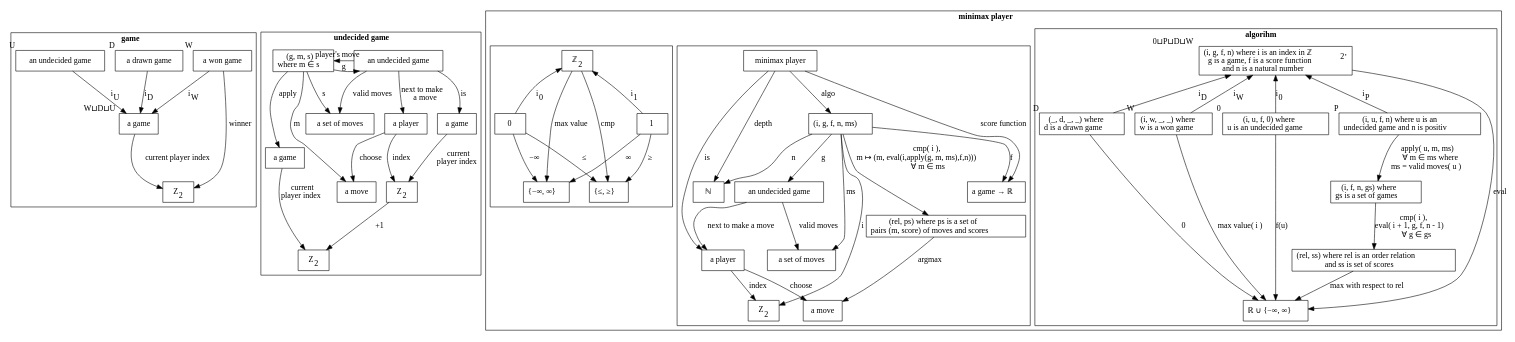
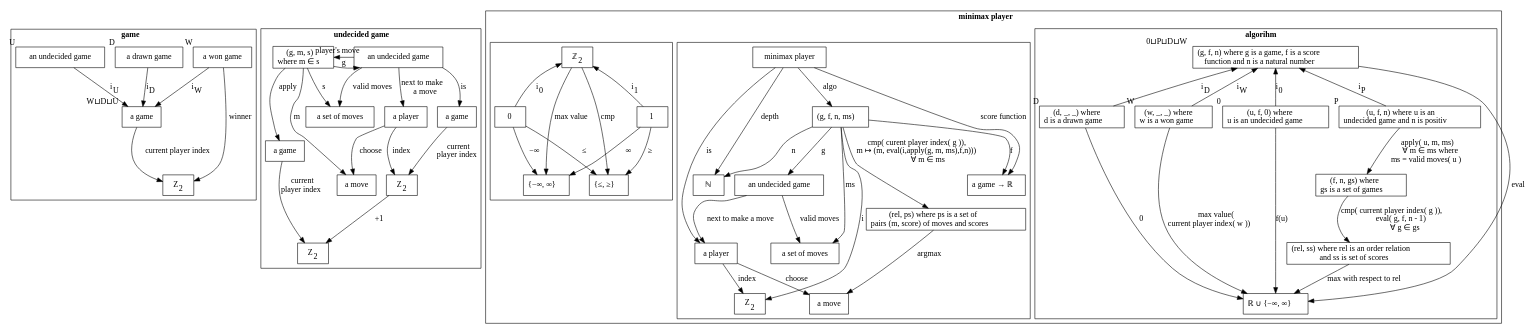
The diagram in olog.gv (monadegmailcom/beat-it), drawn with Graphviz before and after one commit. The commit also changed 5 other files, not shown here.

```diff
--- a/olog.gv
+++ b/olog.gv
@@ -1,127 +1,127 @@
 digraph olog 
 { 
     node [shape = "box"]
     layout=dot
     subgraph cluster_ga {
         label=<<b>game</b>>
         ga_g [label="a game", xlabel=<W&#x2294;D&#x2294;U>]
         ga_g -> ga_z [label="current player index"]
         ga_w [label="a won game", xlabel=W]
         ga_w -> ga_g [label=<i<sub>W</sub>>]
         ga_w -> ga_z [label="winner"]
         ga_d [label="a drawn game", xlabel=D]
         ga_d -> ga_g [label=<i<sub>D</sub>>]
         ga_u [label="an undecided game", xlabel=U]
         ga_u -> ga_g [label=<i<sub>U</sub>>]
         ga_z [label=<Z<sub>2</sub>>]
     }
     subgraph cluster_moves {
         label=<<b>undecided game</b>>
         st_z [label=<Z<sub>2</sub>>]
         st_undecided [label="an undecided game"]
         st_undecided -> st_game [label="is"]
         st_undecided -> st_p [label=<next to make<br/>a move>]
         st_undecided -> st_s [label="valid moves"]
         st_undecided -> st_g_m_s [label=<player's move>]
         st_s [label="a set of moves"]
         st_g_m_s [label=<(g, m, s)<br/>where m &#x2208; s>]
         st_g_m_s -> st_s [label="s"]
         st_g_m_s -> st_m [label="m"]
         st_g_m_s -> st_g2 [label="apply"]
         st_g_m_s -> st_undecided [label="g"]
         st_game [label="a game"]
         st_game -> st_z2 [label=<current<br/>player index>]
         st_g2 [label="a game"]
         st_p [label="a player"]
         st_p -> st_z2 [label="index"]   
         st_p -> st_m [label="choose"]   
         st_z2 [label=<Z<sub>2</sub>>]
         st_z2 -> st_z [label="+1"]
         st_g2 -> st_z [label=<current<br/>player index>]
         st_m [label="a move"]
         {rank=same; st_g_m_s; st_undecided}
         //{rank=same; st_z; st_z2}
         //{rank=same; st_m; st_s}
         //{rank=min; st_game}
     }    
 
     subgraph cluster_mp {
         label=<<b>minimax player</b>>
         subgraph cluster_minimax {
             label=<<b>algorihm</b>>
-            mm_i_g_s_n [label=<(i, g, f, n) where i is an index in &#x2124;<sub>2</sub>,<br/> g is a game, f is a score function<br/>and n is a natural number>, xlabel=<0&#x2294;P&#x2294;D&#x2294;W>]
+            mm_i_g_s_n [label=<(g, f, n) where g is a game, f is a score<br/>function and n is a natural number>, xlabel=<0&#x2294;P&#x2294;D&#x2294;W>]
             mm_i_g_s_n -> mm_e [label="eval"]
-            mm_i_d_s_n [label=<(_, d, _, _) where<br/>d is a drawn game>, xlabel=D]
+            mm_i_d_s_n [label=<(d, _, _) where<br/>d is a drawn game>, xlabel=D]
             mm_i_d_s_n -> mm_i_g_s_n [label=<i<sub>D</sub>>]
             mm_i_d_s_n -> mm_e [label=<0>]
-            mm_i_w_s_n [label=<(i, w, _, _) where<br/>w is a won game>, xlabel=W]
+            mm_i_w_s_n [label=<(w, _, _) where<br/>w is a won game>, xlabel=W]
             mm_i_w_s_n -> mm_i_g_s_n [label=<i<sub>W</sub>>]
-            mm_i_w_s_n -> mm_e [label=<max value( i )>]
-            mm_i_u_s_0 [label=<(i, u, f, 0) where<br/>u is an undecided game>, xlabel=0]
+            mm_i_w_s_n -> mm_e [label=<max value(<br/>current player index( w ))>]
+            mm_i_u_s_0 [label=<(u, f, 0) where<br/>u is an undecided game>, xlabel=0]
             mm_i_u_s_0 -> mm_i_g_s_n [label=<i<sub>0</sub>>]
             mm_i_u_s_0 -> mm_e [label=<f(u)>]
-            mm_i_u_s_pos [label=<(i, u, f, n) where u is an<br/>undecided game and n is positiv>, xlabel=P]
+            mm_i_u_s_pos [label=<(u, f, n) where u is an<br/>undecided game and n is positiv>, xlabel=P]
             mm_i_u_s_pos -> mm_i_g_s_n [label=<i<sub>P</sub>>]
             mm_i_u_s_pos -> mm_games [label=< apply( u, m, ms)<br/>&#x2200; m &#x2208; ms where<br/>ms = valid moves( u )>]
-            mm_games -> mm_evals [label=<cmp( i ), <br/>eval( i + 1, g, f, n - 1)<br/>&#x2200; g &#x2208; gs>]
-            mm_games [label=<(i, f, n, gs) where<br/>gs is a set of games>]
+            mm_games -> mm_evals [label=<cmp( current player index( g )), <br/>eval( g, f, n - 1)<br/>&#x2200; g &#x2208; gs>]
+            mm_games [label=<(f, n, gs) where<br/>gs is a set of games>]
             mm_evals [label=<(rel, ss) where rel is an order relation<br/> and ss is set of scores  >]
             mm_evals -> mm_e [label=<max with respect to rel>]
             mm_e [label=<&#x211d; ∪ {−∞, ∞}>]
             {rank=min; mm_i_g_s_n} 
             {rank=same; mm_i_d_s_n; mm_i_w_s_n; mm_i_u_s_0; mm_i_u_s_pos}
         }
 
         subgraph cluster_pl {
         label=""
         mg_mm [label="minimax player"]
         mg_mm -> mg_pl [label="is"]
         mg_mm -> mg_f [label="score function"]
         mg_mm -> mg_n [label="depth"]
         mg_mm -> mg_t [label="algo"]
-        mg_t [label=<(i, g, f, n, ms)>]
+        mg_t [label=<(g, f, n, ms)>]
         mg_t -> mg_z2 [label=i]
         mg_t -> mg_un [label=g]
         mg_t -> mg_f [label=f]
         mg_t -> mg_n [label=n]
         mg_t -> mg_ms [label=ms]
-        mg_t -> mg_m_sc [label=<cmp( i ),<br/>m &#x21a6; (m, eval(i,apply(g, m, ms),f,n)))<br/>&#x2200; m &#x2208; ms<br/>>]
+        mg_t -> mg_m_sc [label=<cmp( curent player index( g )),<br/>m &#x21a6; (m, eval(i,apply(g, m, ms),f,n)))<br/>&#x2200; m &#x2208; ms<br/>>]
         mg_z2 [label=<Z<sub>2</sub>>]
         mg_ms [label="a set of moves"]
         mg_un [label="an undecided game"]
         mg_un -> mg_pl [label="next to make a move"]
         mg_pl -> mg_m [label="choose"]
         mg_pl -> mg_z2 [label="index"]
         mg_un -> mg_ms [label="valid moves"]
         mg_m_sc [label=<(rel, ps) where ps is a set of<br/>pairs (m, score) of moves and scores>]
         mg_m_sc -> mg_m [label=<argmax>]
         mg_m [label="a move"]
         mg_n [label=<&#x2115;>]
         mg_pl [label="a player"]
         mg_f [label=<a game &#x2192; &#x211d;<br/>>]
         }
         subgraph cluster_z {
         label=""
         mg_0 [label=<0>]
         mg_0 -> mg_z [label=<i<sub>0</sub>>]
         mg_0 -> mg_cmp [label=<&#x2264;>]
         mg_0 -> mg_inf [label=<−∞>]
         mg_1 [label=<1>]
         mg_1 -> mg_z [label=<i<sub>1</sub>>]
         mg_1 -> mg_cmp [label=<&#x2265;>]
         mg_1 -> mg_inf [label=<∞>]
         mg_z [label=<&#x2124;<sub>2</sub>>]
         mg_z -> mg_cmp [label=<cmp>]
         mg_z -> mg_inf [label=<max value>]
         mg_cmp [label=<{&#x2264;, &#x2265;}>, group=1]
         mg_inf [label=<{−∞, ∞}>, group=1]
         {rank=min; mg_z}
         }
     }
 }
 
 /*
         mm_l [label=<a game g' = apply( g, s, m)<br/>&#x2200; m &#x2208; s>]
         mm_l -> mm_s [label="s"]
         mm_l -> mm_g [label="g"]
 */
```
